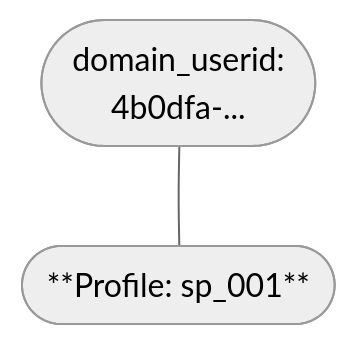
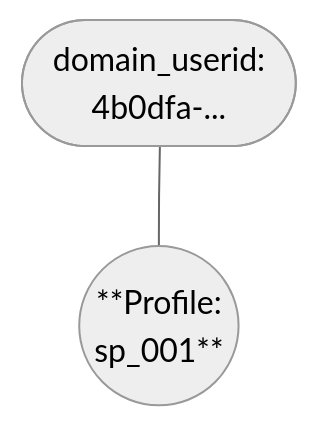
Before and after one commit to snowplow/documentation: the first of 9 diagrams in docs/identities/concepts/index.md, drawn with Mermaid (neutral theme). The commit also changed other lines of this file and 2 other files, not shown here.

````diff
--- a/docs/identities/concepts/index.md
+++ b/docs/identities/concepts/index.md
@@ -38,7 +45,7 @@
 ```mermaid
 graph TD
     A(["domain_userid:<br/>4b0dfa-..."])
-    B(["**Profile: sp_001**"])
+    B(("**Profile:<br/>sp_001**"))
 
     A --- B
 ```
````
